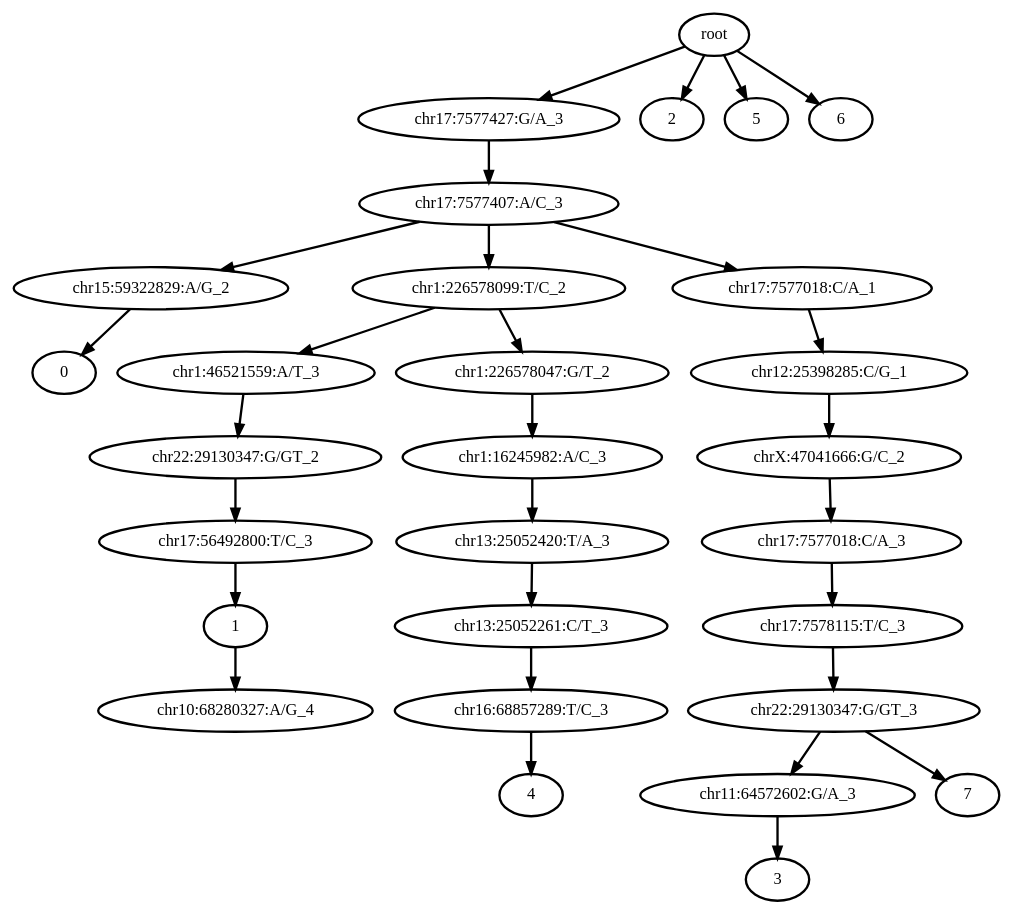
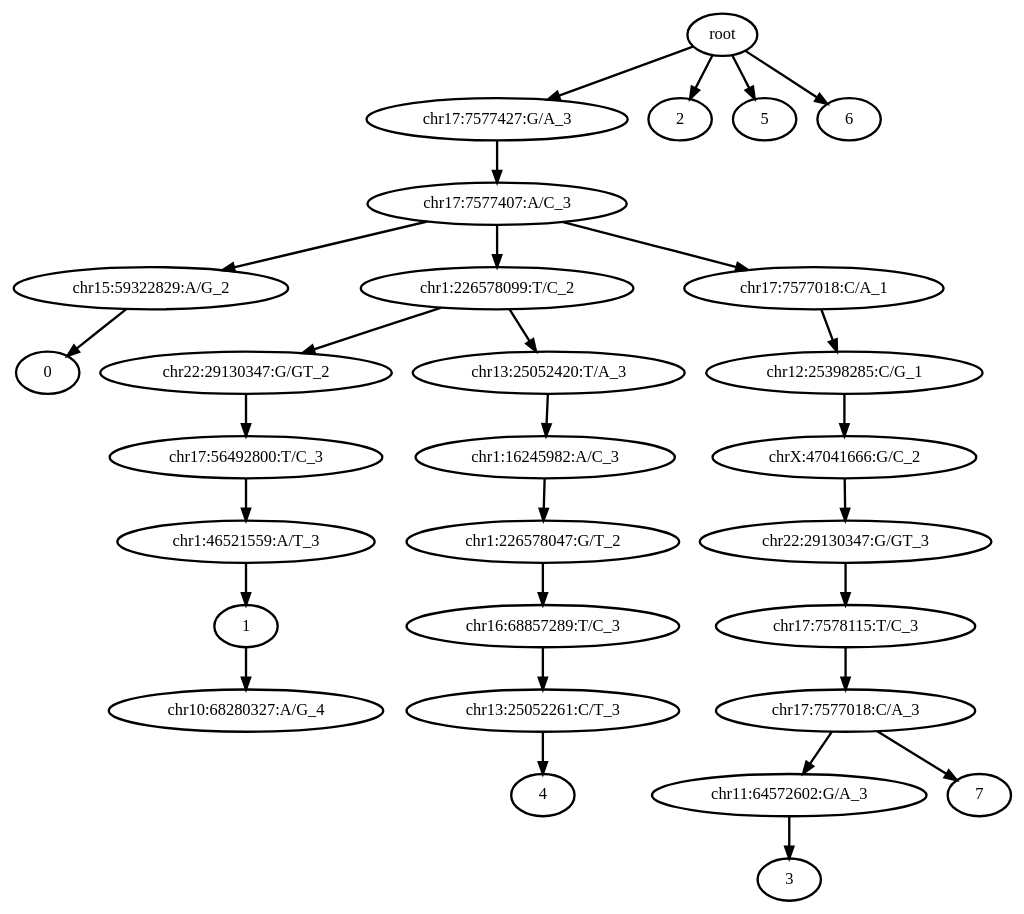
One commit to haochenz96/Tapestri_main_manuscript_analysis changed the diagram in 0_condor_pipeline/condor_outputs/TP11/out_tree.dot. Above: the diagram before and after it, drawn with Graphviz. The commit also changed 1647 other files, not shown here.

```diff
--- a/0_condor_pipeline/condor_outputs/TP11/out_tree.dot
+++ b/0_condor_pipeline/condor_outputs/TP11/out_tree.dot
@@ -1,61 +1,61 @@
 digraph N {
 	overlap="false"
 	rankdir="TB"
 	0 [label="root", style="bold"];
 	1 [label="chr17:7577427:G/A_3", style="bold"];
 	2 [label="chr17:7577407:A/C_3", style="bold"];
 	3 [label="chr15:59322829:A/G_2", style="bold"];
 	4 [label="0", style="bold"];
 	5 [label="chr1:226578099:T/C_2", style="bold"];
-	6 [label="chr1:46521559:A/T_3", style="bold"];
-	7 [label="chr22:29130347:G/GT_2", style="bold"];
-	8 [label="chr17:56492800:T/C_3", style="bold"];
+	6 [label="chr22:29130347:G/GT_2", style="bold"];
+	7 [label="chr17:56492800:T/C_3", style="bold"];
+	8 [label="chr1:46521559:A/T_3", style="bold"];
 	9 [label="1", style="bold"];
 	10 [label="2", style="bold"];
 	11 [label="chr11:64572602:G/A_3", style="bold"];
 	12 [label="3", style="bold"];
-	13 [label="chr1:226578047:G/T_2", style="bold"];
+	13 [label="chr13:25052420:T/A_3", style="bold"];
 	14 [label="chr1:16245982:A/C_3", style="bold"];
-	15 [label="chr13:25052420:T/A_3", style="bold"];
-	16 [label="chr13:25052261:C/T_3", style="bold"];
-	17 [label="chr16:68857289:T/C_3", style="bold"];
+	15 [label="chr1:226578047:G/T_2", style="bold"];
+	16 [label="chr16:68857289:T/C_3", style="bold"];
+	17 [label="chr13:25052261:C/T_3", style="bold"];
 	18 [label="4", style="bold"];
 	19 [label="5", style="bold"];
 	20 [label="6", style="bold"];
 	21 [label="7", style="bold"];
 	22 [label="chr10:68280327:A/G_4", style="bold"];
 	23 [label="chrX:47041666:G/C_2", style="bold"];
-	24 [label="chr17:7577018:C/A_3", style="bold"];
+	24 [label="chr22:29130347:G/GT_3", style="bold"];
 	25 [label="chr17:7578115:T/C_3", style="bold"];
-	26 [label="chr22:29130347:G/GT_3", style="bold"];
+	26 [label="chr17:7577018:C/A_3", style="bold"];
 	27 [label="chr17:7577018:C/A_1", style="bold"];
 	28 [label="chr12:25398285:C/G_1", style="bold"];
 	0 -> 1 [style="bold"];
 	0 -> 10 [style="bold"];
 	0 -> 19 [style="bold"];
 	0 -> 20 [style="bold"];
 	1 -> 2 [style="bold"];
 	2 -> 3 [style="bold"];
 	2 -> 5 [style="bold"];
 	2 -> 27 [style="bold"];
 	3 -> 4 [style="bold"];
 	5 -> 6 [style="bold"];
 	5 -> 13 [style="bold"];
 	6 -> 7 [style="bold"];
 	7 -> 8 [style="bold"];
 	8 -> 9 [style="bold"];
 	9 -> 22 [style="bold"];
 	11 -> 12 [style="bold"];
 	13 -> 14 [style="bold"];
 	14 -> 15 [style="bold"];
 	15 -> 16 [style="bold"];
 	16 -> 17 [style="bold"];
 	17 -> 18 [style="bold"];
 	23 -> 24 [style="bold"];
 	24 -> 25 [style="bold"];
 	25 -> 26 [style="bold"];
 	26 -> 11 [style="bold"];
 	26 -> 21 [style="bold"];
 	27 -> 28 [style="bold"];
 	28 -> 23 [style="bold"];
 }
```
